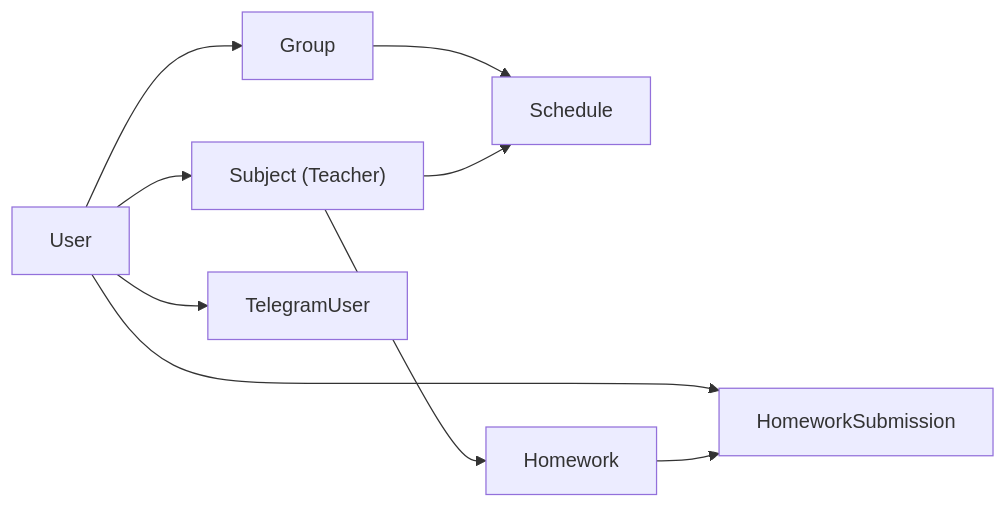
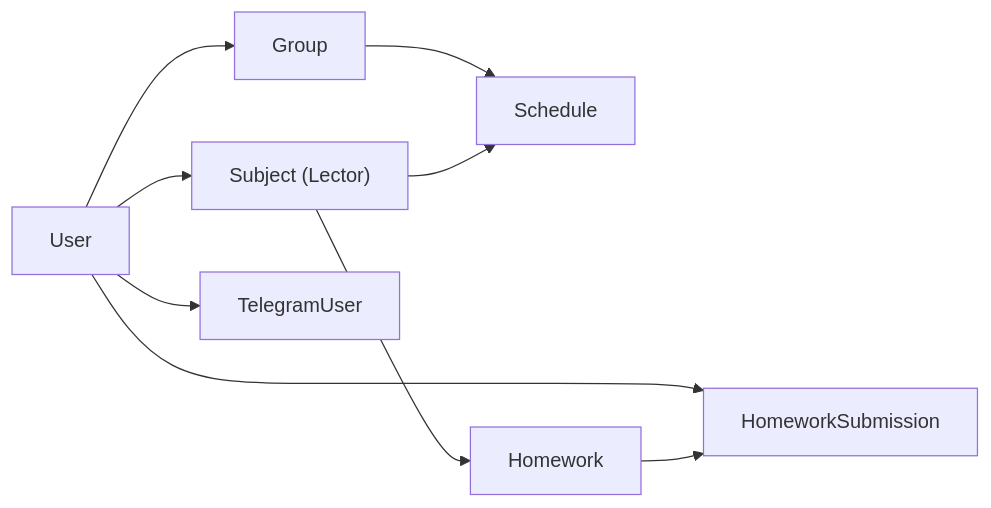
One commit to PvUtrix/shked changed the diagram in obsidian-vault/07-ADR/ADR-002 Prisma ORM.md. Above: the diagram before and after it, drawn with Mermaid. The commit also changed 167 other files, not shown here.

````diff
--- a/obsidian-vault/07-ADR/ADR-002 Prisma ORM.md
+++ b/obsidian-vault/07-ADR/ADR-002 Prisma ORM.md
@@ -120,11 +120,11 @@
 ```mermaid
 graph LR
     User --> Group
     User --> HomeworkSubmission
-    User --> Subject["Subject (Teacher)"]
+    User --> Subject["Subject (Lector)"]
     Group --> Schedule
     Subject --> Schedule
     Subject --> Homework
     Homework --> HomeworkSubmission
     User --> TelegramUser
 ```
````
